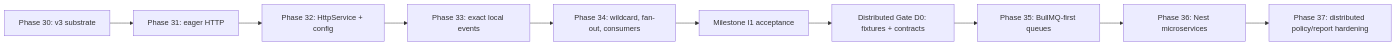
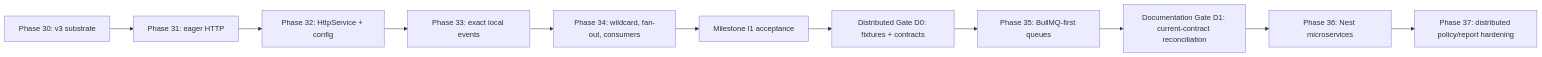
One commit to fakrulauzaie/nestjs-api-intelligence-engine changed the diagram in backend_api_intelligence_interaction_expansion_implementation_plan.md. Above: the diagram before and after it, drawn with Mermaid. The commit also changed other lines of this file and 43 other files, not shown here.

````diff
--- a/backend_api_intelligence_interaction_expansion_implementation_plan.md
+++ b/backend_api_intelligence_interaction_expansion_implementation_plan.md
@@ -427,12 +431,13 @@
 ```mermaid
 flowchart LR
   P30["Phase 30: v3 substrate"] --> P31["Phase 31: eager HTTP"]
   P31 --> P32["Phase 32: HttpService + config"]
   P32 --> P33["Phase 33: exact local events"]
   P33 --> P34["Phase 34: wildcard, fan-out, consumers"]
   P34 --> I1["Milestone I1 acceptance"]
   I1 --> D0["Distributed Gate D0: fixtures + contracts"]
   D0 --> P35["Phase 35: BullMQ-first queues"]
-  P35 --> P36["Phase 36: Nest microservices"]
+  P35 --> D1["Documentation Gate D1: current-contract reconciliation"]
+  D1 --> P36["Phase 36: Nest microservices"]
   P36 --> P37["Phase 37: distributed policy/report hardening"]
 ```
````
